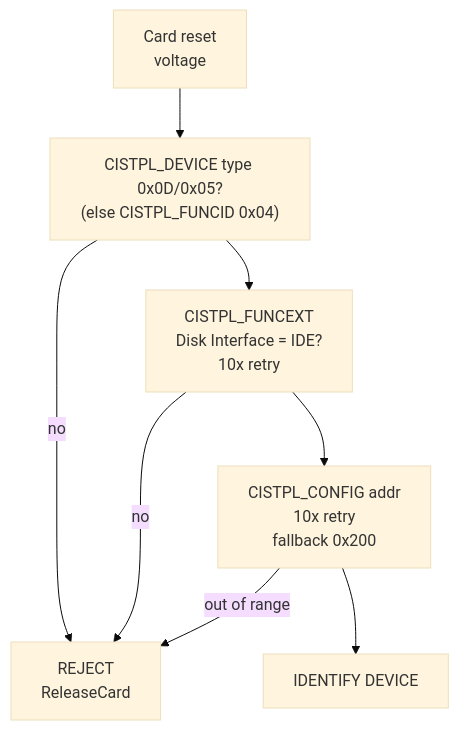
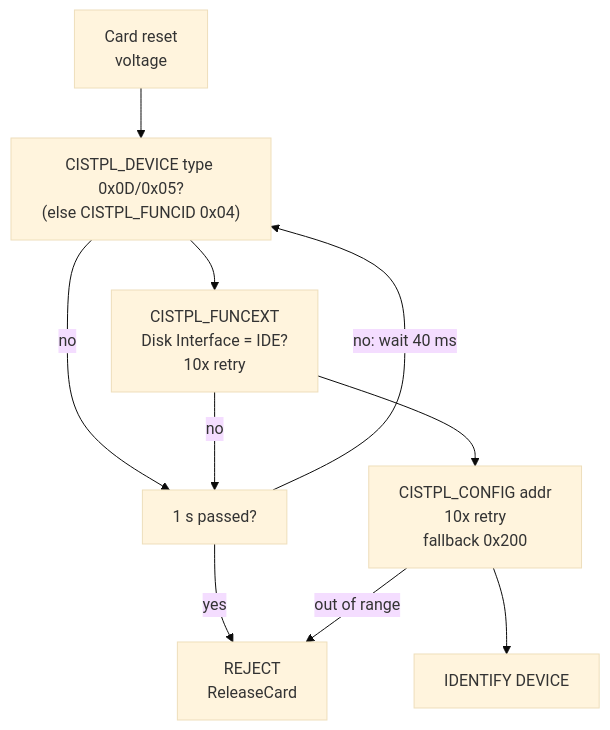
One commit to pulchart/cfd changed the first of 5 diagrams in README.md. Above: the diagram before and after it, drawn with Mermaid (base theme). The commit also changed other lines of this file and 1 other file, not shown here.

First line of the commit message:
cfd: read the CIS gate again while the CIS is not valid yet

````diff
--- a/README.md
+++ b/README.md
@@ -306,10 +306,12 @@
 ```mermaid
 flowchart TD
     Start["Card reset<br/>voltage"] --> Ident["CISTPL_DEVICE type 0x0D/0x05?<br/>(else CISTPL_FUNCID 0x04)"]
-    Ident -->|no| Reject["REJECT<br/>ReleaseCard"]
+    Ident -->|no| Again["1 s passed?"]
     Ident --> FuncExt["CISTPL_FUNCEXT<br/>Disk Interface = IDE?<br/>10x retry"]
-    FuncExt -->|no| Reject
+    FuncExt -->|no| Again
+    Again -->|"no: wait 40 ms"| Ident
+    Again -->|yes| Reject["REJECT<br/>ReleaseCard"]
     FuncExt --> CfgAddr["CISTPL_CONFIG addr<br/>10x retry<br/>fallback 0x200"]
     CfgAddr -->|out of range| Reject
     CfgAddr --> Identify["IDENTIFY DEVICE"]
 ```
````
